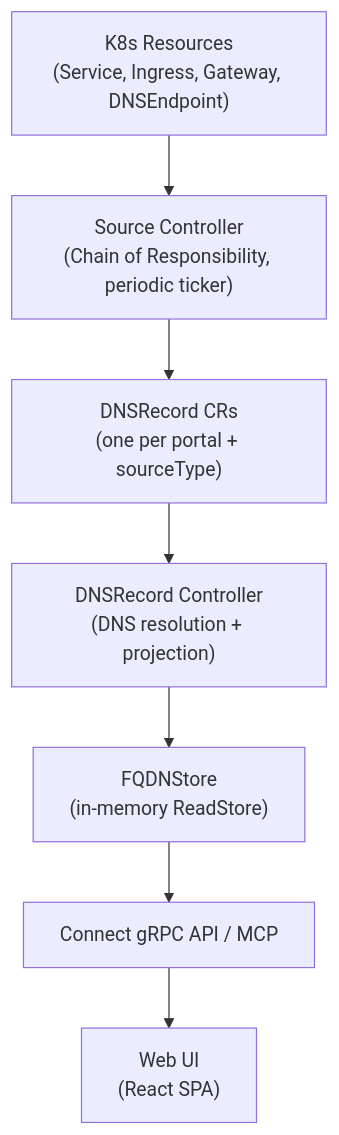
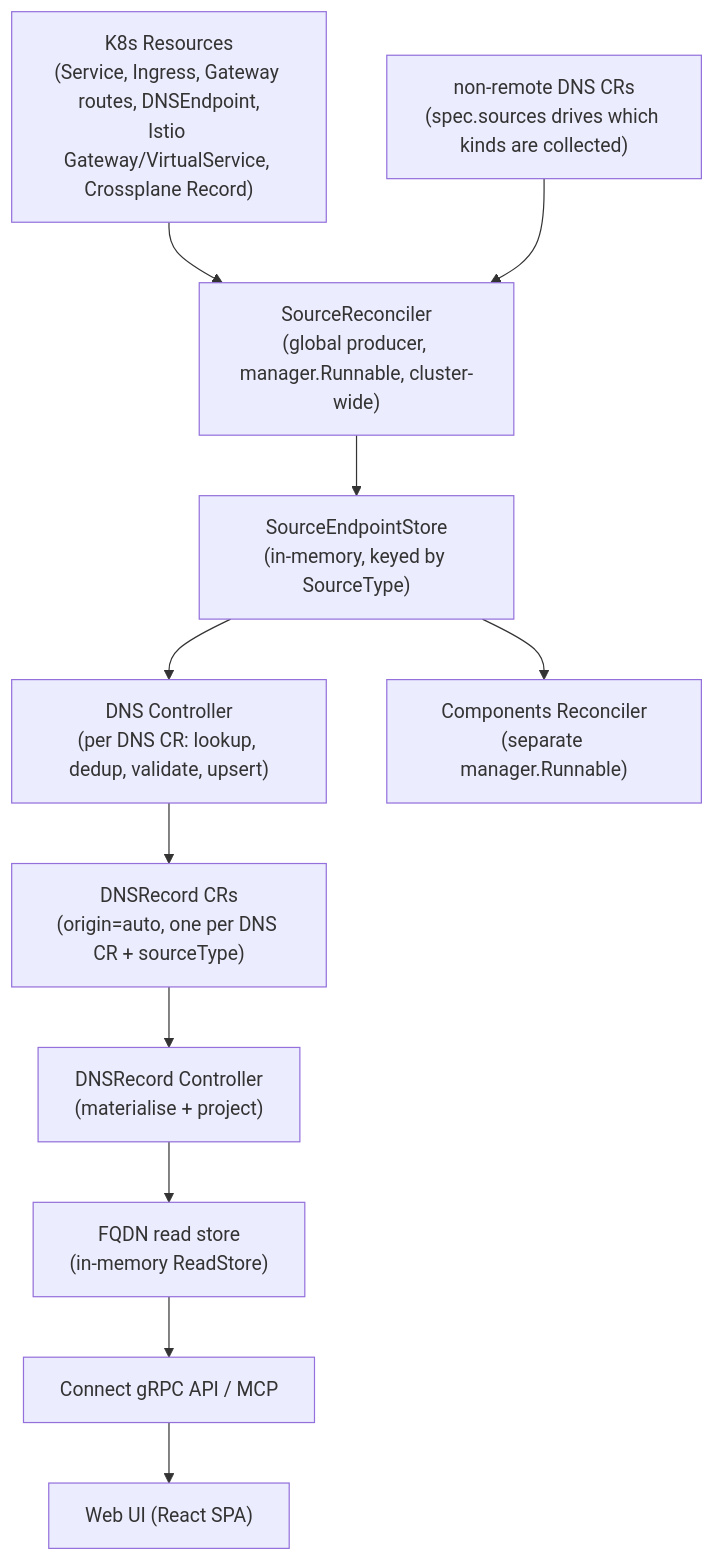
Before and after one commit to golgoth31/sreportal: the first of 2 diagrams in docs/content/docs/flows/dns-source.md, drawn with Mermaid. The commit also changed other lines of this file and 4 other files, not shown here.

First line of the commit message:
docs: update configuration and DNS/DNSRecord flows for v1alpha2 architecture (#335)

````diff
--- a/docs/content/docs/flows/dns-source.md
+++ b/docs/content/docs/flows/dns-source.md
@@ -10,9 +10,13 @@
 ```mermaid
 flowchart TD
-    K8s["K8s Resources\n(Service, Ingress, Gateway, DNSEndpoint)"] --> Source["Source Controller\n(Chain of Responsibility, periodic ticker)"]
-    Source --> DNSRecord["DNSRecord CRs\n(one per portal + sourceType)"]
-    DNSRecord --> RecordCtrl["DNSRecord Controller\n(DNS resolution + projection)"]
-    RecordCtrl --> Store["FQDNStore\n(in-memory ReadStore)"]
-    Store --> API["Connect gRPC API / MCP"]
-    API --> UI["Web UI\n(React SPA)"]
+    K8s["K8s Resources\n(Service, Ingress, Gateway routes, DNSEndpoint,\nIstio Gateway/VirtualService, Crossplane Record)"] --> Producer["SourceReconciler\n(global producer, manager.Runnable, cluster-wide)"]
+    Producer --> Store["SourceEndpointStore\n(in-memory, keyed by SourceType)"]
+    DNSList["non-remote DNS CRs\n(spec.sources drives which kinds are collected)"] --> Producer
+    Store --> DNSCtrl["DNS Controller\n(per DNS CR: lookup, dedup, validate, upsert)"]
+    Store --> Comp["Components Reconciler\n(separate manager.Runnable)"]
+    DNSCtrl --> DNSRecord["DNSRecord CRs\n(origin=auto, one per DNS CR + sourceType)"]
+    DNSRecord --> RecordCtrl["DNSRecord Controller\n(materialise + project)"]
+    RecordCtrl --> FQDNStore["FQDN read store\n(in-memory ReadStore)"]
+    FQDNStore --> API["Connect gRPC API / MCP"]
+    API --> UI["Web UI (React SPA)"]
 ```
````
